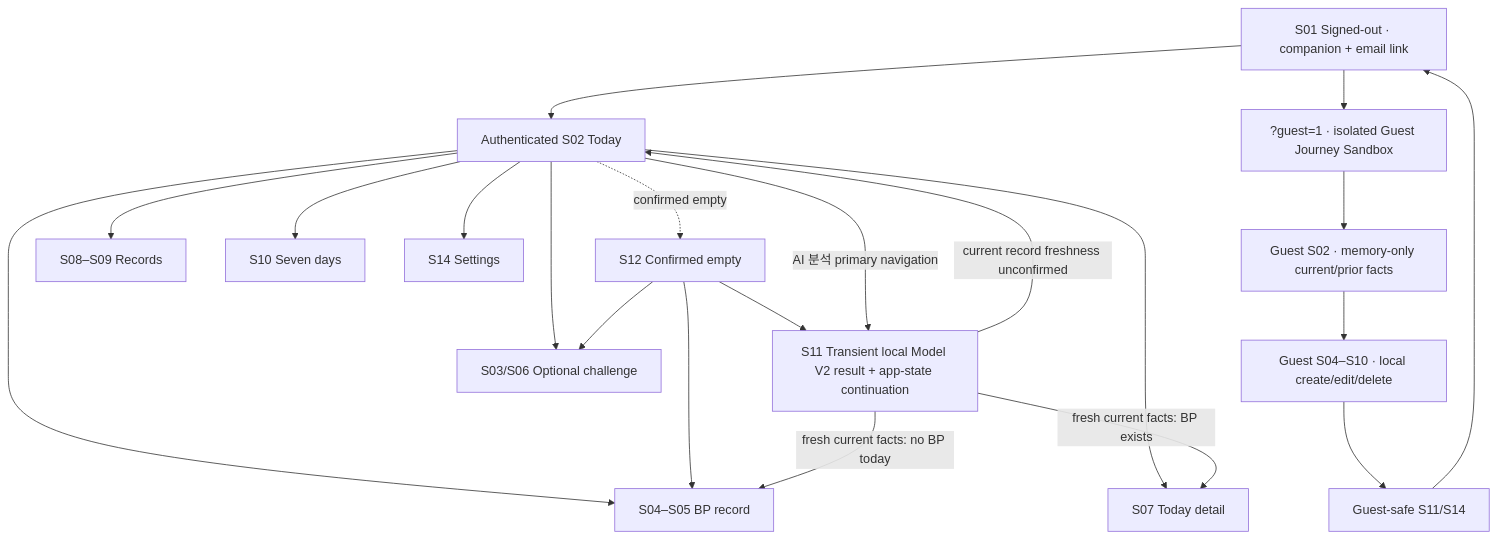
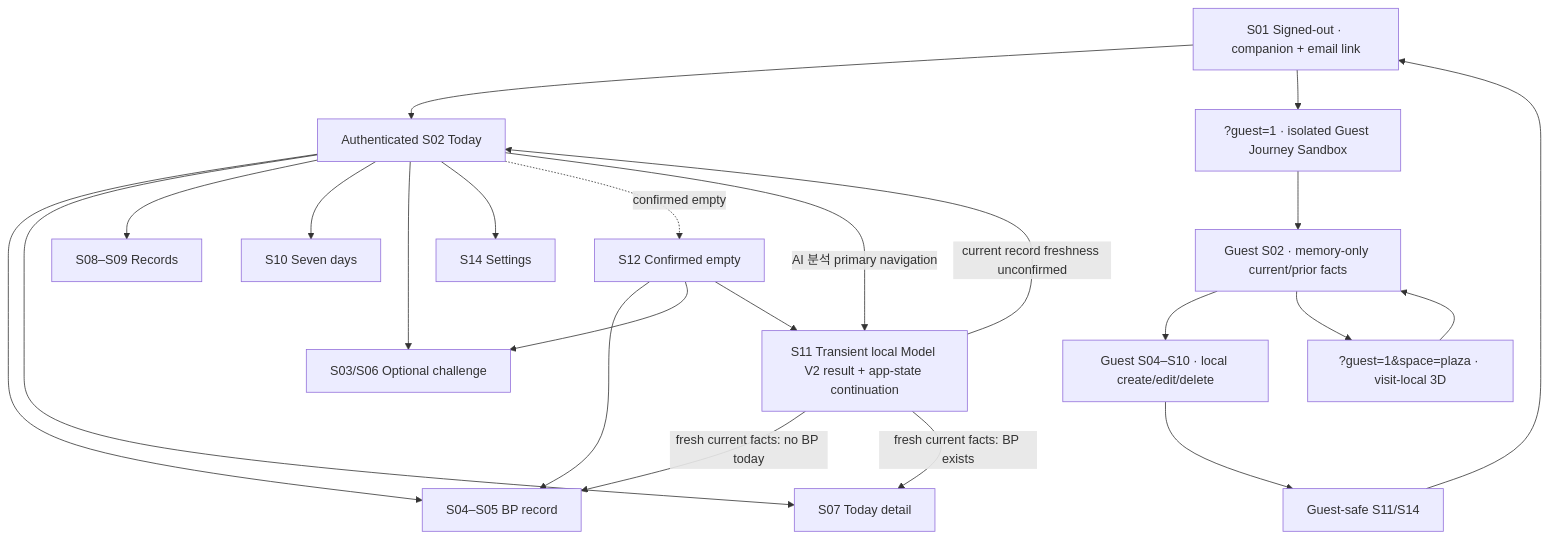
Before and after one commit to AI-HealthCare-05/AH_05_07: the first of 2 diagrams in docs/ux-flow.md, drawn with Mermaid. The commit also changed other lines of this file and 10 other files, not shown here.

First line of the commit message:
experience(guest): open a visit-local 3D plaza (#909) (#911)

````diff
--- a/docs/ux-flow.md
+++ b/docs/ux-flow.md
@@ -5,23 +5,25 @@
 ```mermaid
 flowchart TD
     A["S01 Signed-out · companion + email link"] --> B["Authenticated S02 Today"]
     A --> P["?guest=1 · isolated Guest Journey Sandbox"]
     P --> Q["Guest S02 · memory-only current/prior facts"]
     Q --> R["Guest S04–S10 · local create/edit/delete"]
+    Q --> U["?guest=1&space=plaza · visit-local 3D"]
+    U --> Q
     R --> T["Guest-safe S11/S14"]
     T --> A
     B --> C["S04–S05 BP record"]
     B --> D["S07 Today detail"]
     B --> E["S08–S09 Records"]
     B --> F["S10 Seven days"]
     B --> G["S03/S06 Optional challenge"]
     B --> H["S14 Settings"]
     B -. confirmed empty .-> J["S12 Confirmed empty"]
     J --> C
     J --> G
     J --> I["S11 Transient local Model V2 result + app-state continuation"]
     B -->|AI 분석 primary navigation| I
     I -->|fresh current facts: no BP today| C
     I -->|fresh current facts: BP exists| D
     I -->|current record freshness unconfirmed| B
 ```
````
